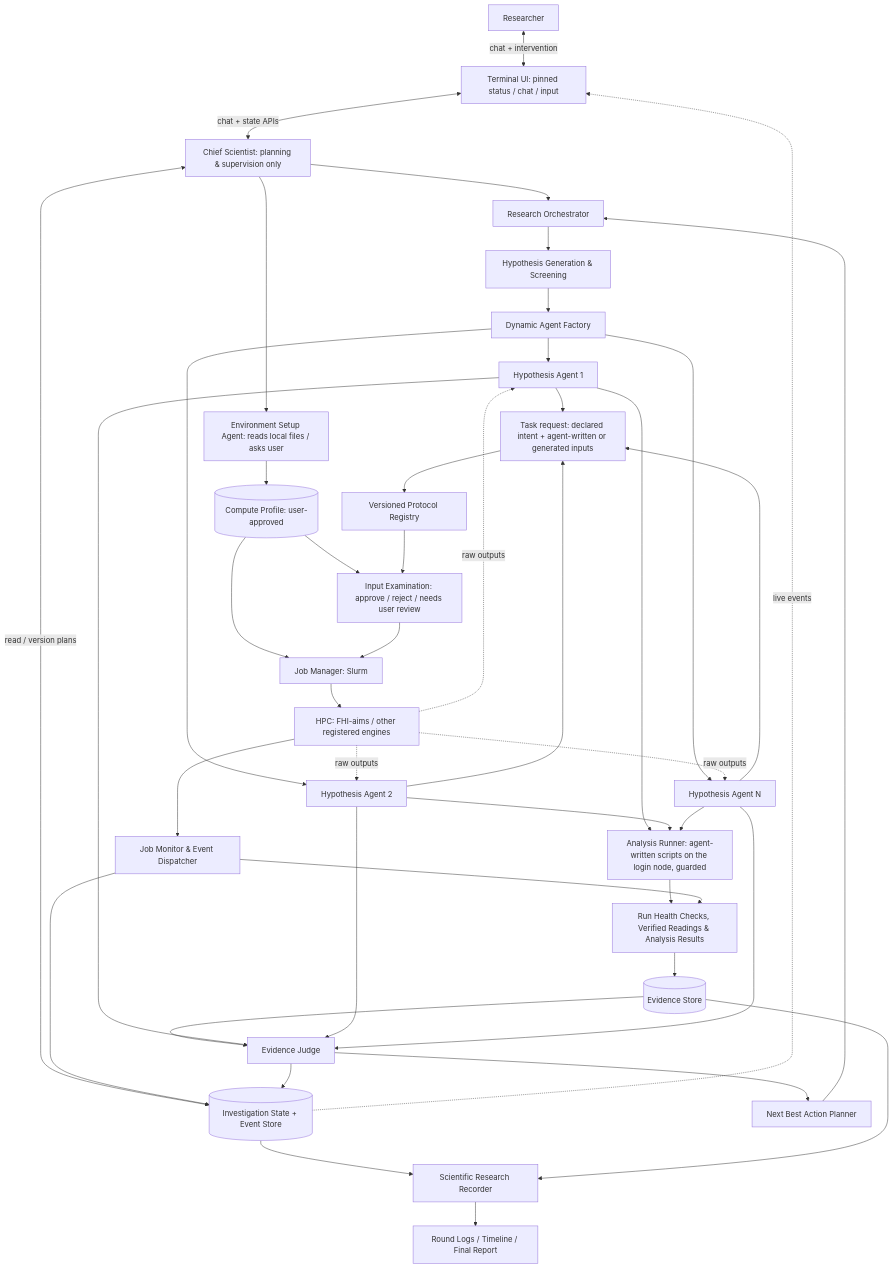
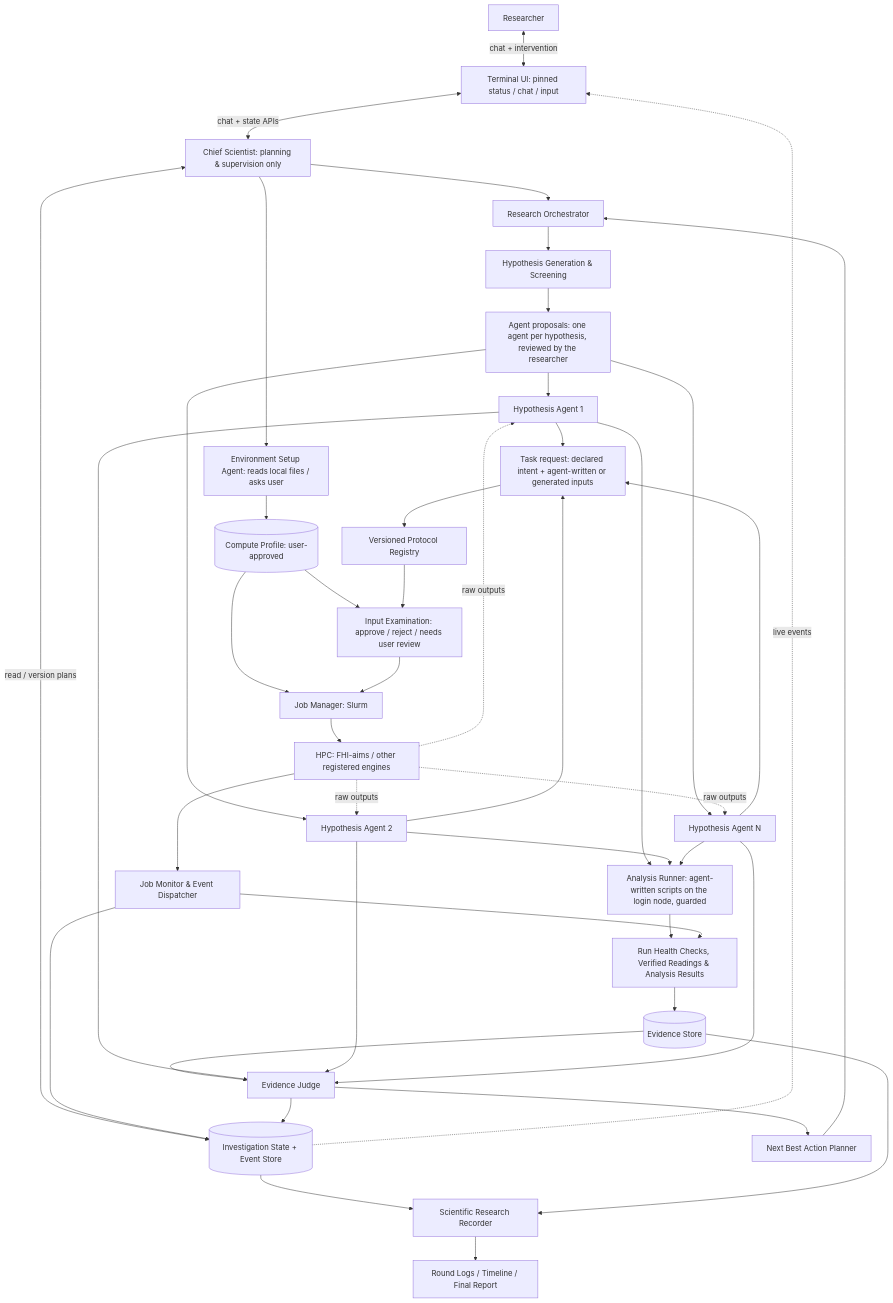
Before and after one commit to haoran-ni/CEDAR: the first of 2 diagrams in docs/ARCHITECTURE.md, drawn with Mermaid. The commit also changed other lines of this file and 33 other files, not shown here.

````diff
--- a/docs/ARCHITECTURE.md
+++ b/docs/ARCHITECTURE.md
@@ -9,37 +9,37 @@
 ```mermaid
 flowchart TB
     U[Researcher] <-->|chat + intervention| UI[Terminal UI: pinned status / chat / input]
     UI <-->|chat + state APIs| C[Chief Scientist: planning & supervision only]
     C <-->|read / version plans| DB[(Investigation State + Event Store)]
     C --> O[Research Orchestrator]
     C --> ENV[Environment Setup Agent: reads local files / asks user]
     ENV --> PROF[(Compute Profile: user-approved)]
     PROF --> Q
     PROF --> J
     O --> HG[Hypothesis Generation & Screening]
-    HG --> AF[Dynamic Agent Factory]
+    HG --> AF[Agent proposals: one agent per hypothesis, reviewed by the researcher]
     AF --> H1[Hypothesis Agent 1]
     AF --> H2[Hypothesis Agent 2]
     AF --> Hn[Hypothesis Agent N]
     H1 & H2 & Hn --> T[Task request: declared intent + agent-written or generated inputs]
     T --> P[Versioned Protocol Registry]
     P --> Q[Input Examination: approve / reject / needs user review]
     Q --> J[Job Manager: Slurm]
     J --> HPC[HPC: FHI-aims / other registered engines]
     HPC --> MON[Job Monitor & Event Dispatcher]
     HPC -. raw outputs .-> H1 & H2 & Hn
     H1 & H2 & Hn --> AN[Analysis Runner: agent-written scripts on the login node, guarded]
     AN --> VAL
     MON --> VAL[Run Health Checks, Verified Readings & Analysis Results]
     VAL --> EV[(Evidence Store)]
     MON --> DB
     EV --> S[Evidence Judge]
     H1 & H2 & Hn --> S
     S --> NEXT[Next Best Action Planner]
     NEXT --> O
     S --> DB
     DB --> REC[Scientific Research Recorder]
     EV --> REC
     REC --> NOTE[Round Logs / Timeline / Final Report]
     DB -. live events .-> UI
 ```
````
